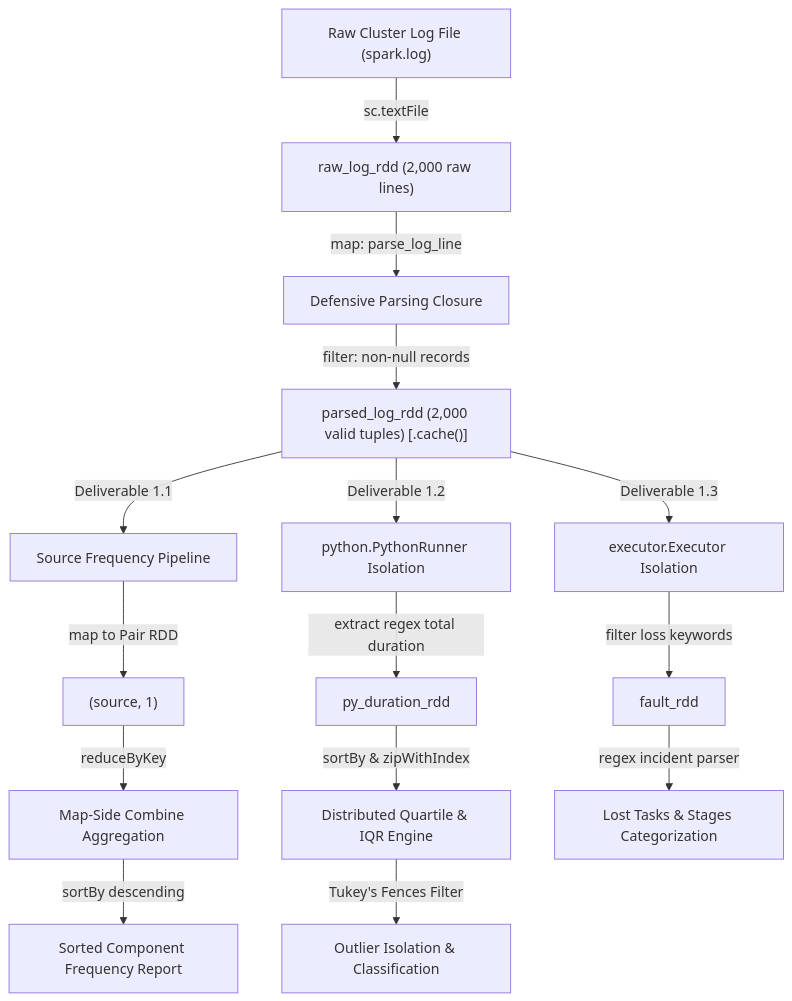
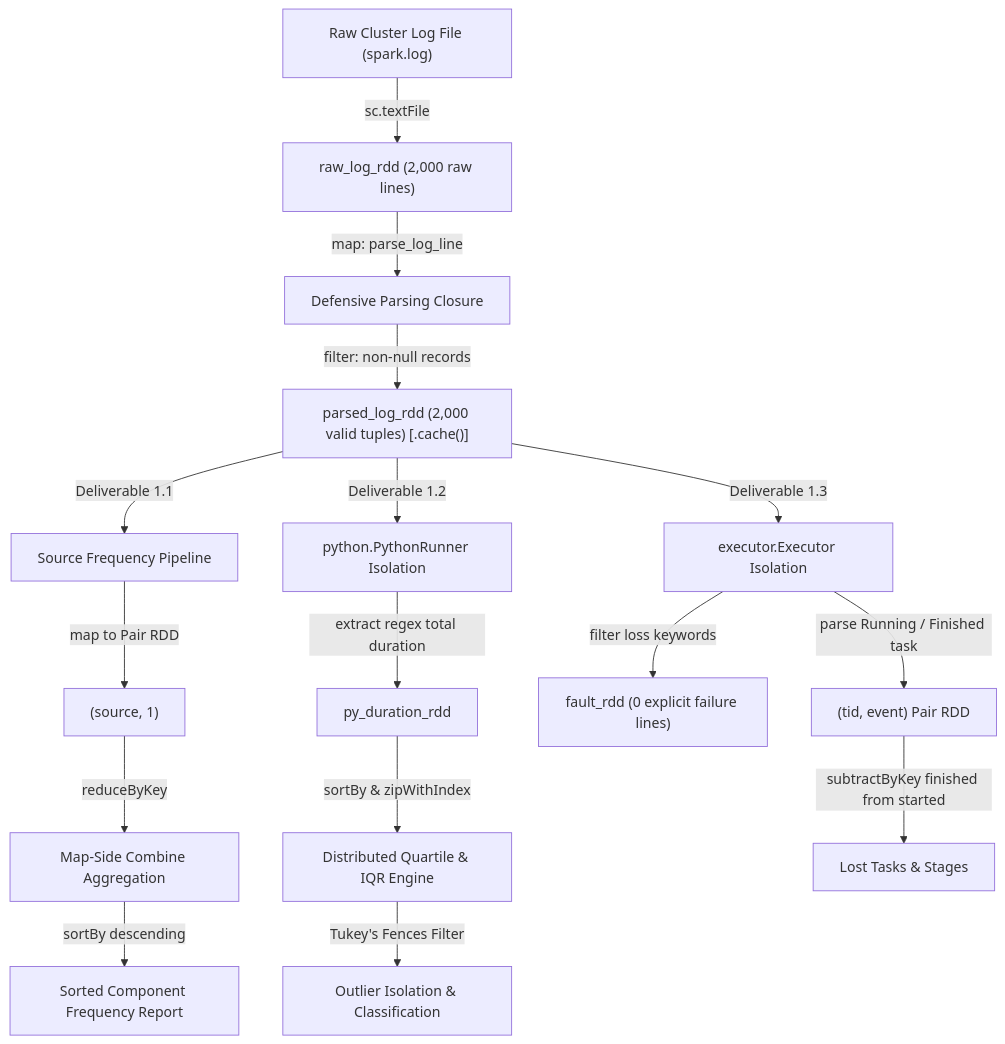
Before and after one commit to MANGKONYOK/spark-bigdata: the diagram in README.md, drawn with Mermaid. The commit also changed other lines of this file and 9 other files, not shown here.

Commit message:
feat(lab7): add Lab 2 notebook, scripts and tests; fix Lab 1 Q3 lost tasks and README

````diff
--- a/README.md
+++ b/README.md
@@ -32,20 +32,21 @@
 ```mermaid
 flowchart TD
     A["Raw Cluster Log File (spark.log)"] -->|sc.textFile| B["raw_log_rdd (2,000 raw lines)"]
     B -->|map: parse_log_line| C["Defensive Parsing Closure"]
     C -->|filter: non-null records| D["parsed_log_rdd (2,000 valid tuples) [.cache()]"]
     
     D -->|Deliverable 1.1| E["Source Frequency Pipeline"]
     E -->|map to Pair RDD| E1["(source, 1)"]
     E1 -->|reduceByKey| E2["Map-Side Combine Aggregation"]
     E2 -->|sortBy descending| E3["Sorted Component Frequency Report"]
 
     D -->|Deliverable 1.2| F["python.PythonRunner Isolation"]
     F -->|extract regex total duration| F1["py_duration_rdd"]
     F1 -->|sortBy & zipWithIndex| F2["Distributed Quartile & IQR Engine"]
     F2 -->|Tukey's Fences Filter| F3["Outlier Isolation & Classification"]
 
     D -->|Deliverable 1.3| G["executor.Executor Isolation"]
-    G -->|filter loss keywords| G1["fault_rdd"]
-    G1 -->|regex incident parser| G2["Lost Tasks & Stages Categorization"]
+    G -->|filter loss keywords| G1["fault_rdd (0 explicit failure lines)"]
+    G -->|parse Running / Finished task| G3["(tid, event) Pair RDD"]
+    G3 -->|subtractByKey finished from started| G2["Lost Tasks & Stages"]
 ```
````
